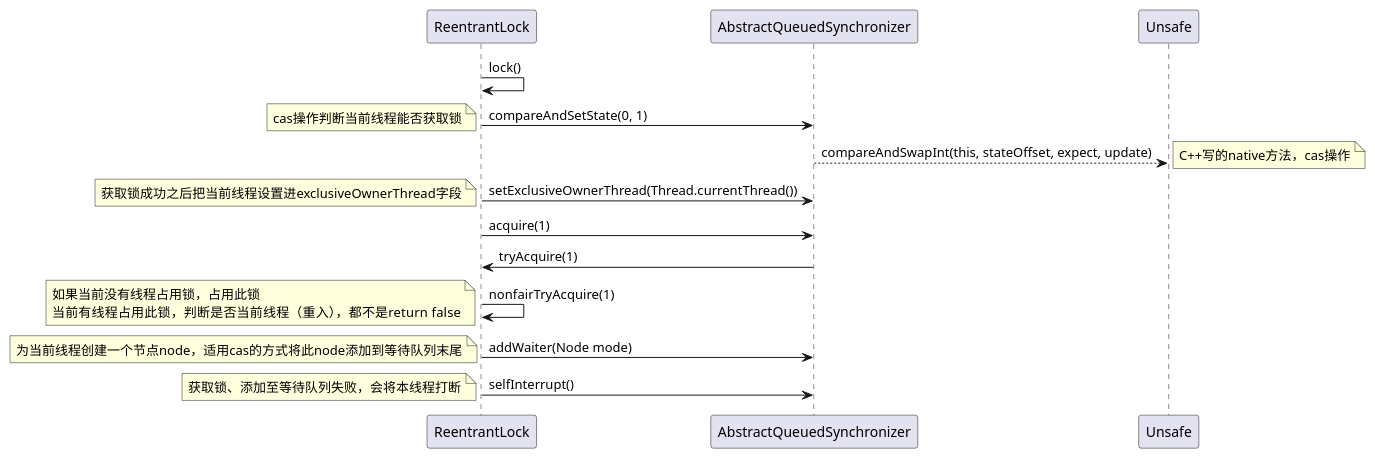
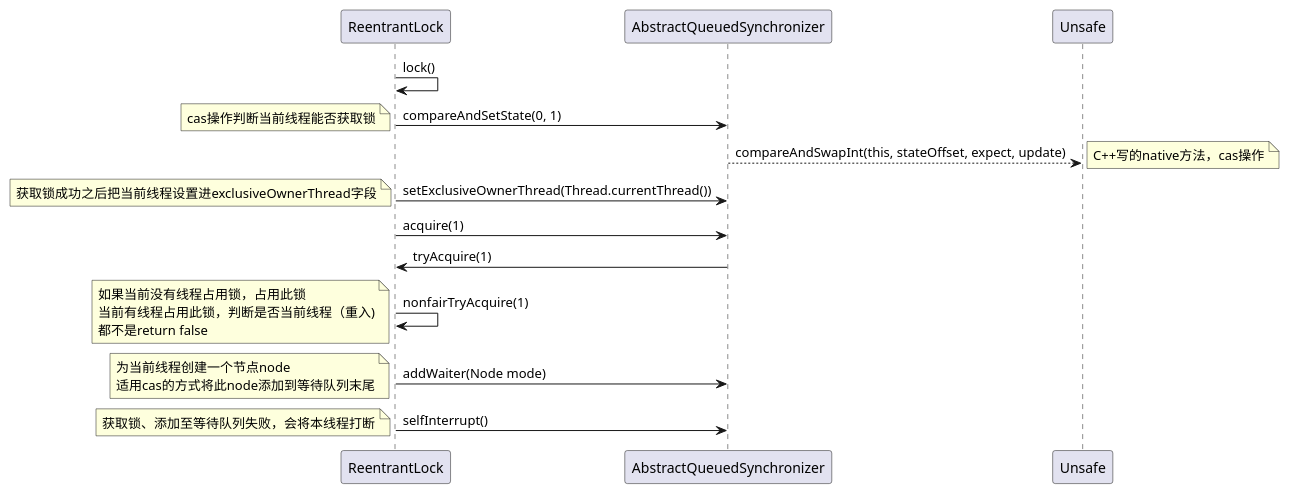
One commit to struggle1to1win/algorithm changed the diagram in src/main/java/com/algorithm/all/SyncLock.puml. Above: the diagram before and after it, drawn with PlantUML. The commit also changed 2 other files, not shown here.

```diff
--- a/src/main/java/com/algorithm/all/SyncLock.puml
+++ b/src/main/java/com/algorithm/all/SyncLock.puml
@@ -1,20 +1,24 @@
 @startuml
 ReentrantLock -> ReentrantLock: lock()
 ReentrantLock -> AbstractQueuedSynchronizer: compareAndSetState(0, 1)
 note left: cas操作判断当前线程能否获取锁
 AbstractQueuedSynchronizer --> Unsafe: compareAndSwapInt(this, stateOffset, expect, update)
 note right: C++写的native方法，cas操作
 ReentrantLock -> AbstractQueuedSynchronizer: setExclusiveOwnerThread(Thread.currentThread())
 note left: 获取锁成功之后把当前线程设置进exclusiveOwnerThread字段
 ReentrantLock -> AbstractQueuedSynchronizer: acquire(1)
 AbstractQueuedSynchronizer -> ReentrantLock: tryAcquire(1)
 ReentrantLock -> ReentrantLock: nonfairTryAcquire(1)
 note left
 如果当前没有线程占用锁，占用此锁
-当前有线程占用此锁，判断是否当前线程（重入），都不是return false
+当前有线程占用此锁，判断是否当前线程（重入)
+都不是return false
 end note
 ReentrantLock -> AbstractQueuedSynchronizer:addWaiter(Node mode)
-note left:为当前线程创建一个节点node，适用cas的方式将此node添加到等待队列末尾
+note left
+为当前线程创建一个节点node
+适用cas的方式将此node添加到等待队列末尾
+end note
 ReentrantLock -> AbstractQueuedSynchronizer:selfInterrupt()
 note left: 获取锁、添加至等待队列失败，会将本线程打断
 @enduml
```
